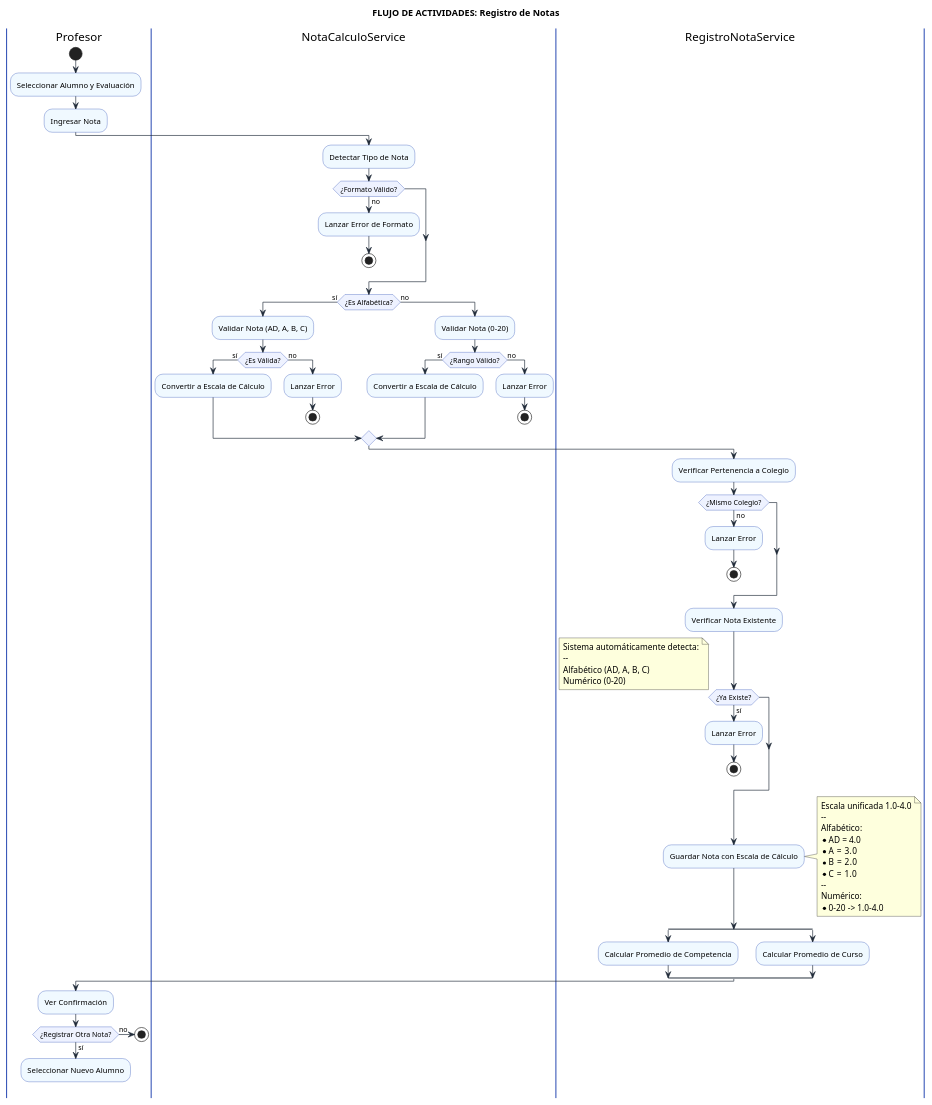
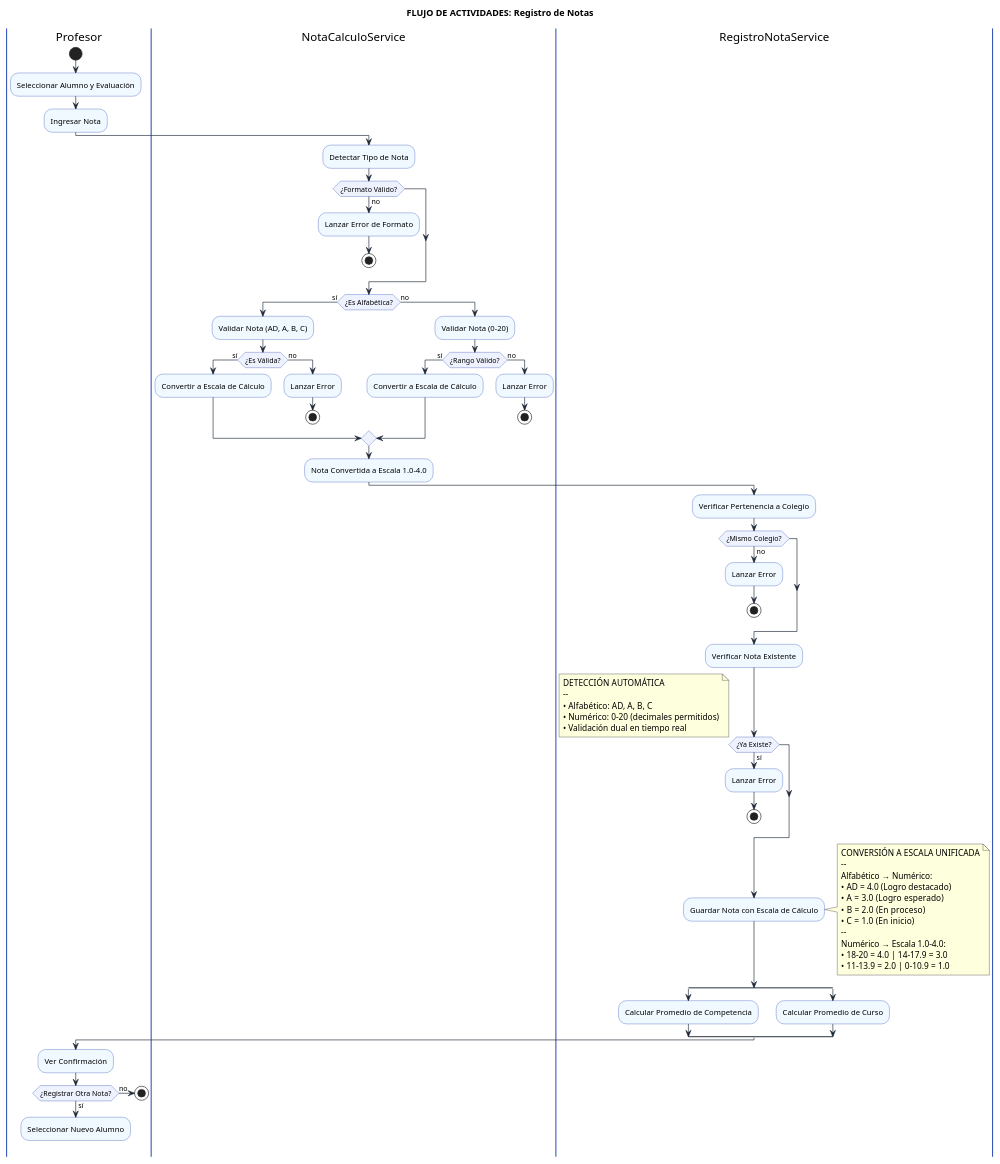
The diagram in diagramas/registro-notas/actividades-registro-notas.puml (CondePlocs/sistemnotas), drawn with PlantUML before and after one commit. The commit also changed 5 other files, not shown here.

```diff
--- a/diagramas/registro-notas/actividades-registro-notas.puml
+++ b/diagramas/registro-notas/actividades-registro-notas.puml
@@ -1,95 +1,99 @@
 @startuml Diagrama de Actividades - Registro de Notas
 
 skinparam {
     ActivityBackgroundColor #F0F9FF
     ActivityBorderColor #1E40AF
     ActivityDiamondBackgroundColor #EEF2FF
     ActivityDiamondBorderColor #1E40AF
     ArrowColor #1F2937
     PartitionBorderColor #1E40AF
     SwimlaneBorderColor #1E40AF
 }
 
 title FLUJO DE ACTIVIDADES: Registro de Notas
 
 |Profesor|
 start
 :Seleccionar Alumno y Evaluación;
 :Ingresar Nota;
 
 |NotaCalculoService|
 :Detectar Tipo de Nota;
 if (¿Formato Válido?) then (no)
     :Lanzar Error de Formato;
     stop
 endif
 
 if (¿Es Alfabética?) then (sí)
     :Validar Nota (AD, A, B, C);
     if (¿Es Válida?) then (sí)
         :Convertir a Escala de Cálculo;
     else (no)
         :Lanzar Error;
         stop
     endif
 else (no)
     :Validar Nota (0-20);
     if (¿Rango Válido?) then (sí)
         :Convertir a Escala de Cálculo;
     else (no)
         :Lanzar Error;
         stop
     endif
 endif
 
+:Nota Convertida a Escala 1.0-4.0;
+
 |RegistroNotaService|
 :Verificar Pertenencia a Colegio;
 if (¿Mismo Colegio?) then (no)
     :Lanzar Error;
     stop
 endif
 
 :Verificar Nota Existente;
 if (¿Ya Existe?) then (sí)
     :Lanzar Error;
     stop
 endif
 
 note right
-  Sistema automáticamente detecta:
+  DETECCIÓN AUTOMÁTICA
   --
-  Alfabético (AD, A, B, C)
-  Numérico (0-20)
+  • Alfabético: AD, A, B, C
+  • Numérico: 0-20 (decimales permitidos)
+  • Validación dual en tiempo real
 end note
 
 :Guardar Nota con Escala de Cálculo;
 
 note right
-  Escala unificada 1.0-4.0
+  CONVERSIÓN A ESCALA UNIFICADA
   --
-  Alfabético:
-  * AD = 4.0
-  * A  = 3.0
-  * B  = 2.0
-  * C  = 1.0
+  Alfabético → Numérico:
+  • AD = 4.0 (Logro destacado)
+  • A  = 3.0 (Logro esperado)
+  • B  = 2.0 (En proceso)
+  • C  = 1.0 (En inicio)
   --
-  Numérico:
-  * 0-20 -> 1.0-4.0
+  Numérico → Escala 1.0-4.0:
+  • 18-20 = 4.0 | 14-17.9 = 3.0
+  • 11-13.9 = 2.0 | 0-10.9 = 1.0
 end note
 
 split
     :Calcular Promedio de Competencia;
 split again
     :Calcular Promedio de Curso;
 end split
 
 |Profesor|
 :Ver Confirmación;
 if (¿Registrar Otra Nota?) then (sí)
     :Seleccionar Nuevo Alumno;
     detach
 else (no)
     stop
 endif
 
 @enduml
```
